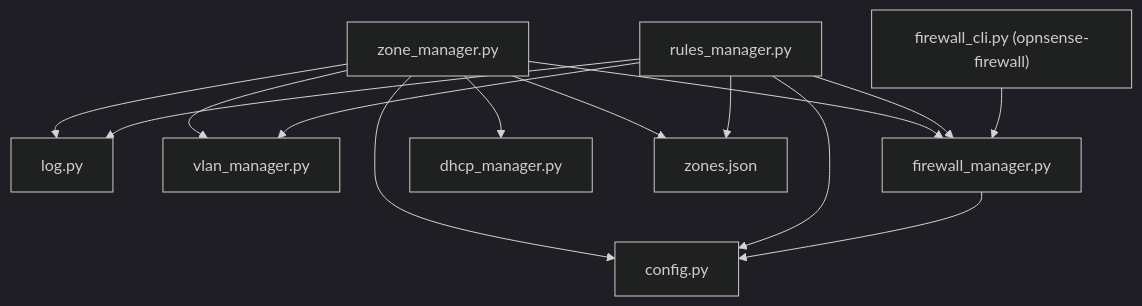
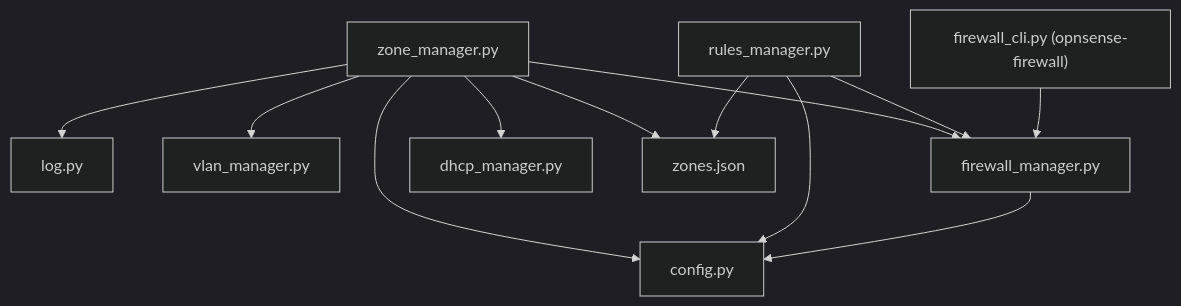
Before and after one commit to TAPPaaS/TAPPaaS: the fifth of 5 diagrams in src/foundation/DEPENDENCIES.md, drawn with Mermaid (dark theme). The commit also changed other lines of this file and 2 other files, not shown here.

````diff
--- a/src/foundation/DEPENDENCIES.md
+++ b/src/foundation/DEPENDENCIES.md
@@ -245,16 +264,14 @@
 ```mermaid
 graph TD
     ZM["zone_manager.py"] --> CFG["config.py"]
     ZM --> LOG["log.py"]
     ZM --> VL["vlan_manager.py"]
     ZM --> FW["firewall_manager.py"]
     ZM --> DH["dhcp_manager.py"]
     ZM --> ZJ["zones.json"]
     RM["rules_manager.py"] --> CFG
-    RM --> LOG
-    RM --> VL
     RM --> FW
     RM --> ZJ
     FCLI["firewall_cli.py (opnsense-firewall)"] --> FW
     FW --> CFG
 ```
````
